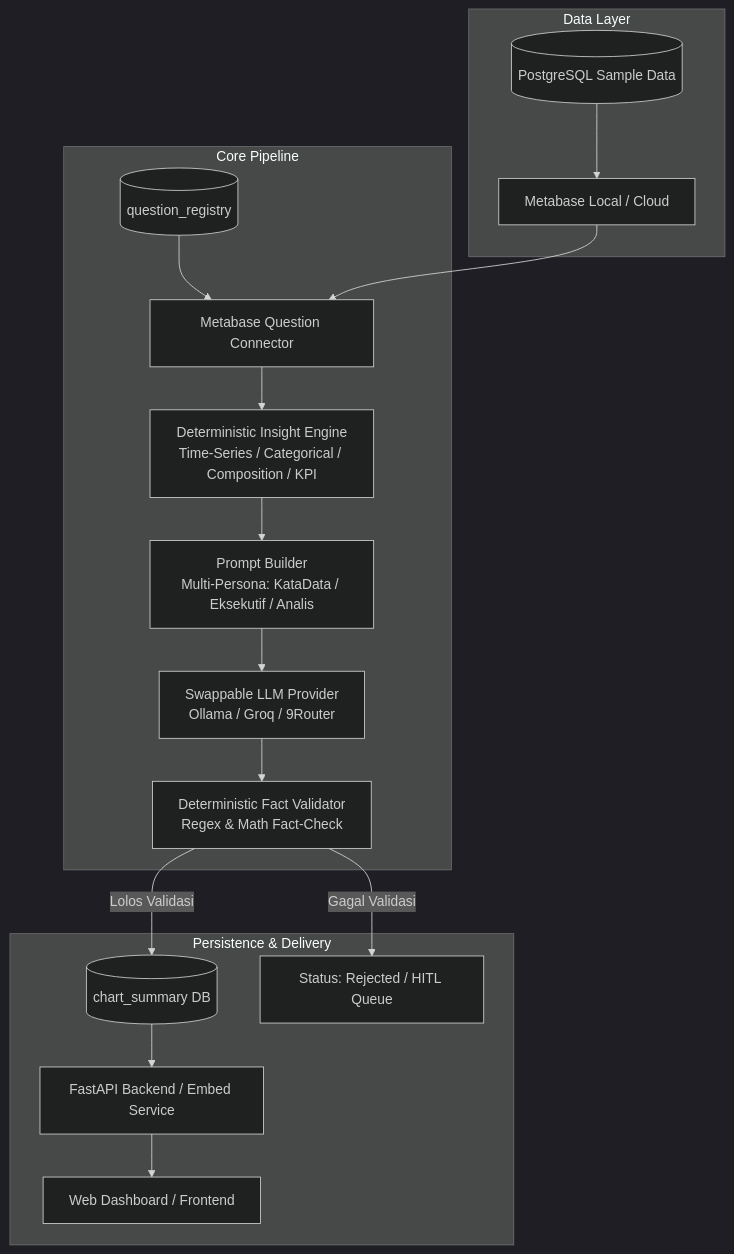
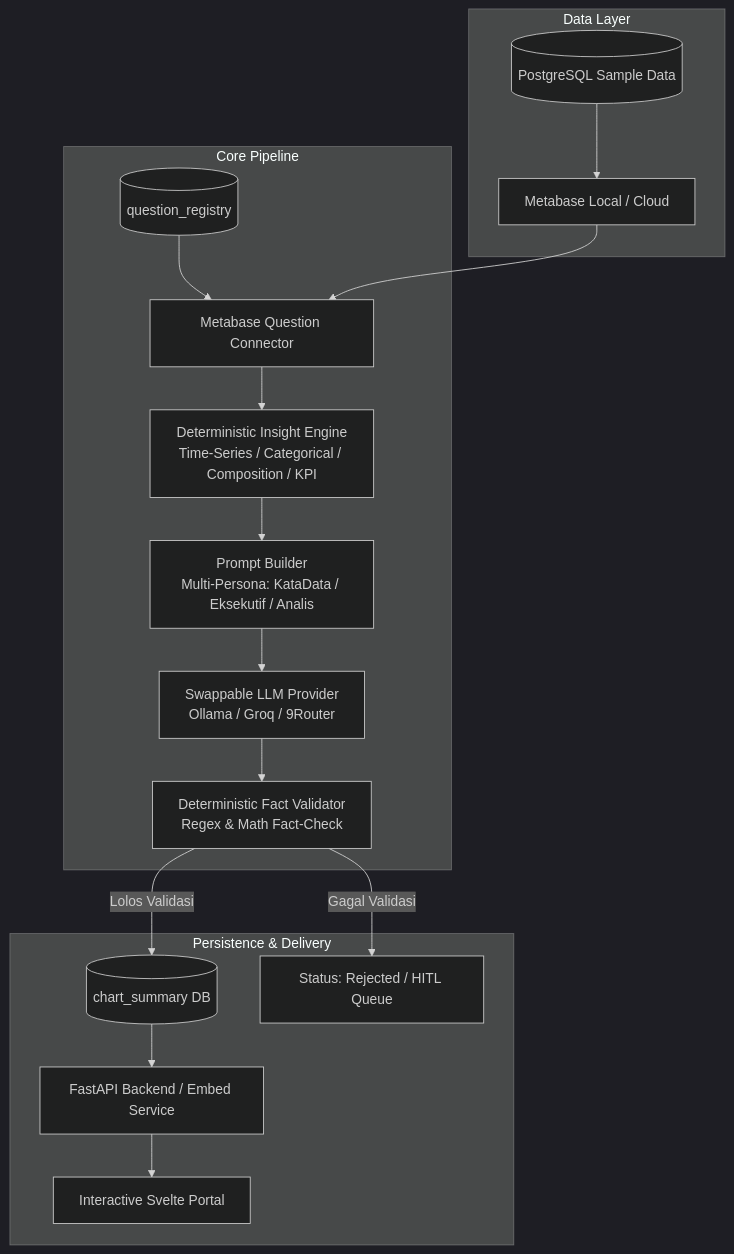
The diagram in README.md (nafisfhkr/auto-chart-summary-dashboard), drawn with Mermaid (dark theme) before and after one commit. The commit also changed other lines of this file, not shown here.

Commit message:
docs: add Svelte and Tailwind CSS to README tech stack

````diff
--- a/README.md
+++ b/README.md
@@ -27,22 +29,22 @@
 ```mermaid
 flowchart TD
     subgraph Data Layer
         M_DB[(PostgreSQL Sample Data)] --> MB[Metabase Local / Cloud]
     end
 
     subgraph Core Pipeline
         QR[(question_registry)] --> MCP[Metabase Question Connector]
         MB --> MCP
         MCP --> IE[Deterministic Insight Engine\nTime-Series / Categorical / Composition / KPI]
         IE --> PB[Prompt Builder\nMulti-Persona: KataData / Eksekutif / Analis]
         PB --> LLM[Swappable LLM Provider\nOllama / Groq / 9Router]
         LLM --> FV[Deterministic Fact Validator\nRegex & Math Fact-Check]
     end
 
     subgraph Persistence & Delivery
         FV -->|Lolos Validasi| CS[(chart_summary DB)]
         FV -->|Gagal Validasi| RJ[Status: Rejected / HITL Queue]
         CS --> API[FastAPI Backend / Embed Service]
-        API --> UI[Web Dashboard / Frontend]
+        API --> UI[Interactive Svelte Portal]
     end
 ```
````
